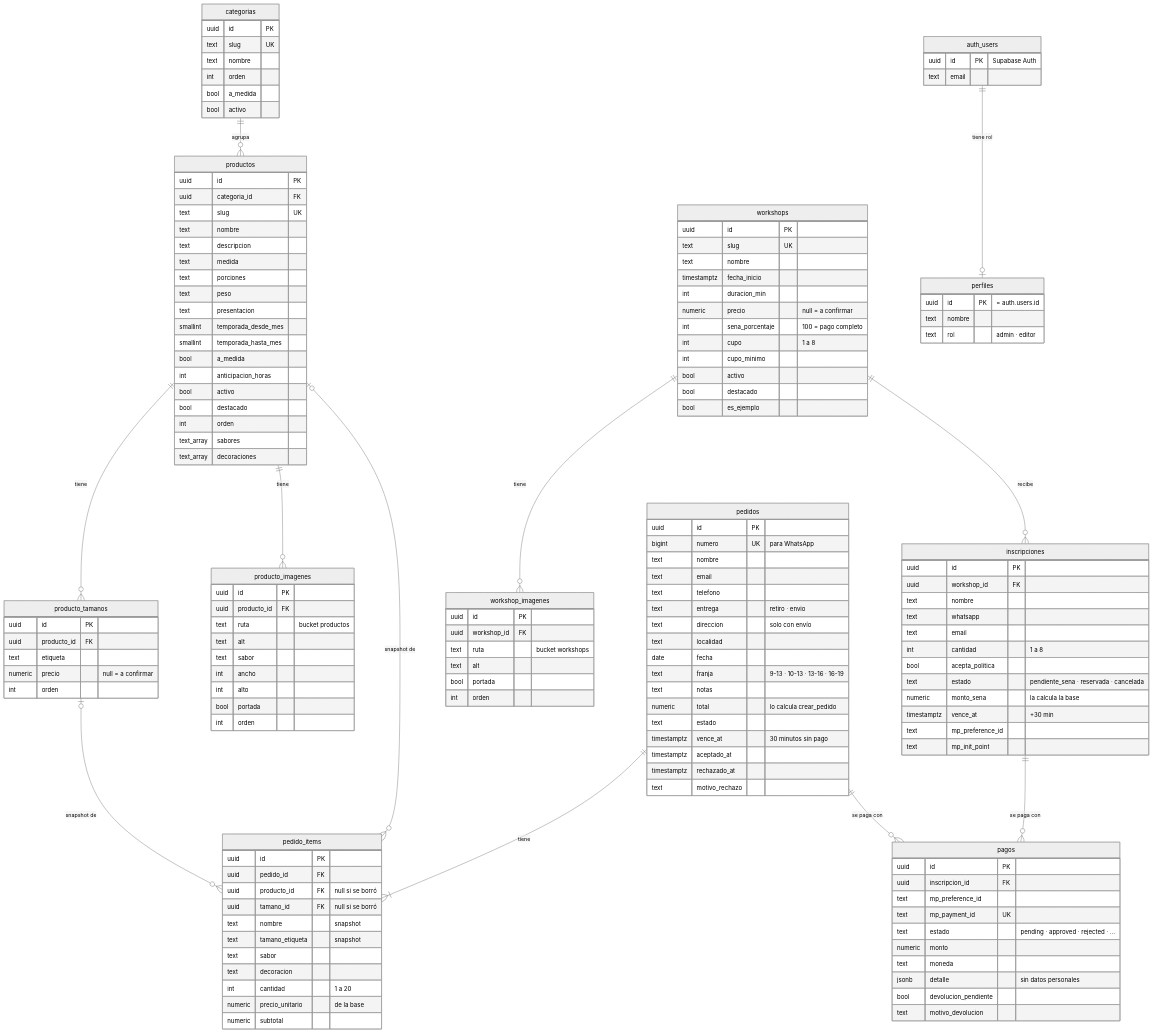
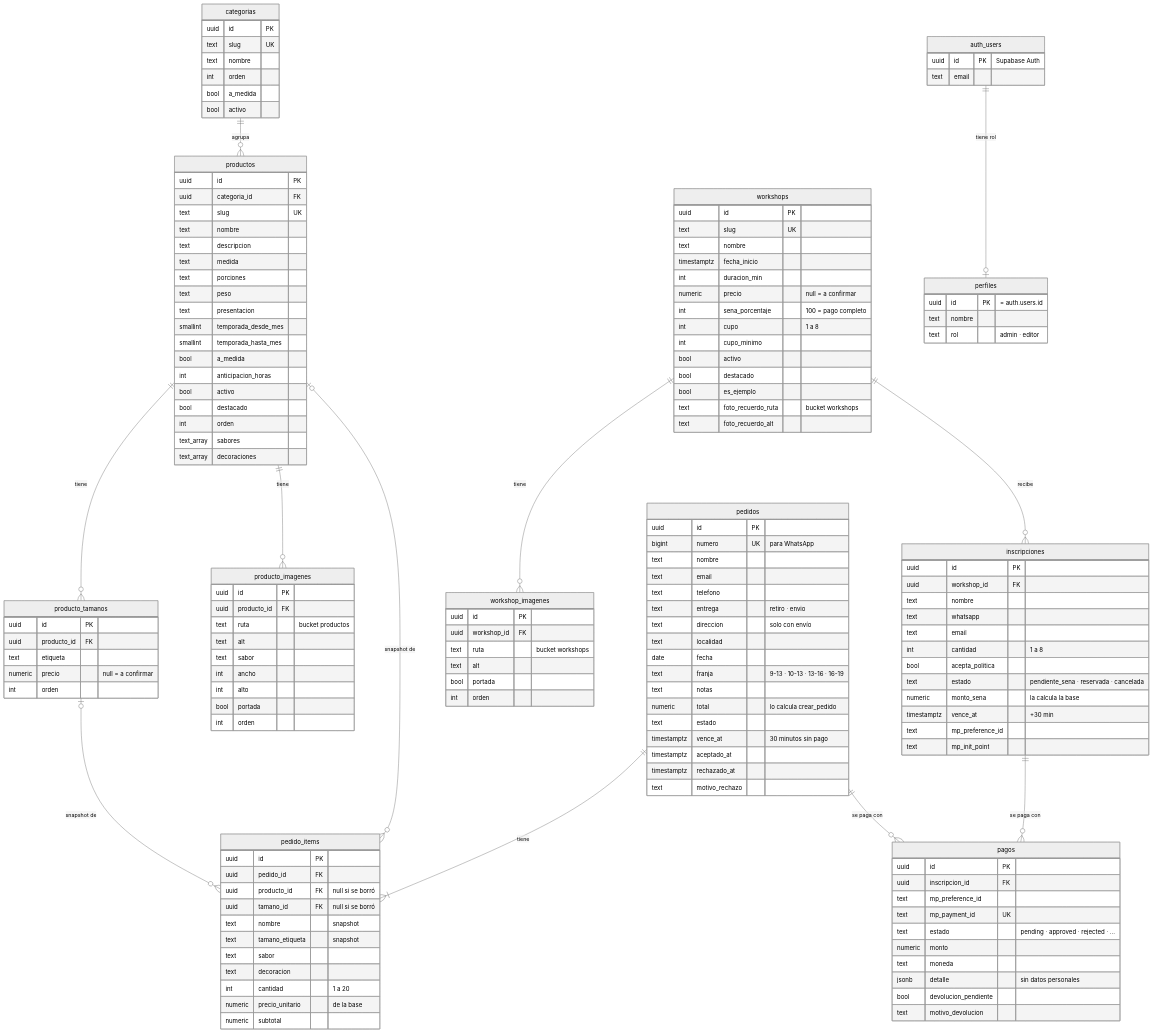
The first of 4 diagrams in docs/modelo-de-datos.md (trevisancata/home-bakery), drawn with Mermaid (neutral theme) before and after one commit. The commit also changed other lines of this file and 31 other files, not shown here.

```diff
--- a/docs/modelo-de-datos.md
+++ b/docs/modelo-de-datos.md
@@ -105,6 +111,8 @@
     bool activo
     bool destacado
     bool es_ejemplo
+    text foto_recuerdo_ruta "bucket workshops"
+    text foto_recuerdo_alt
   }
   workshop_imagenes {
     uuid id PK
```
